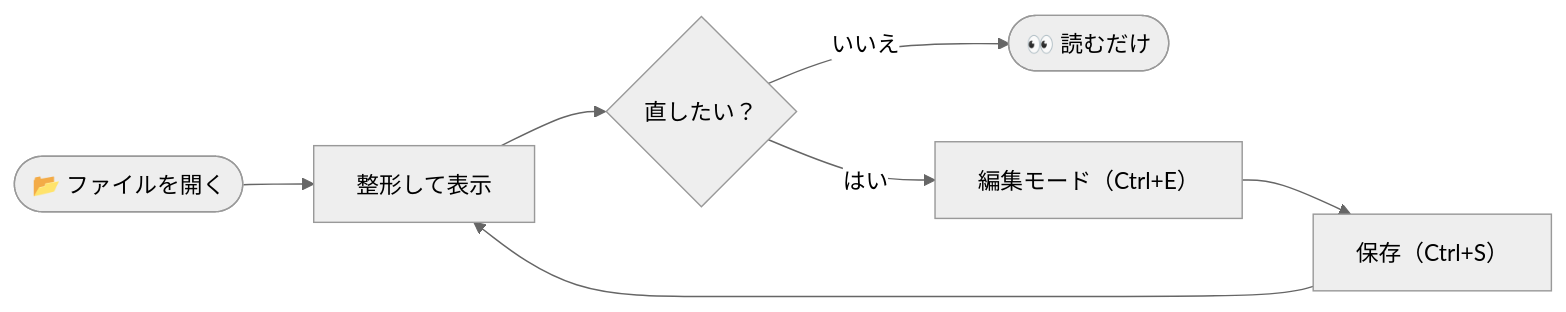
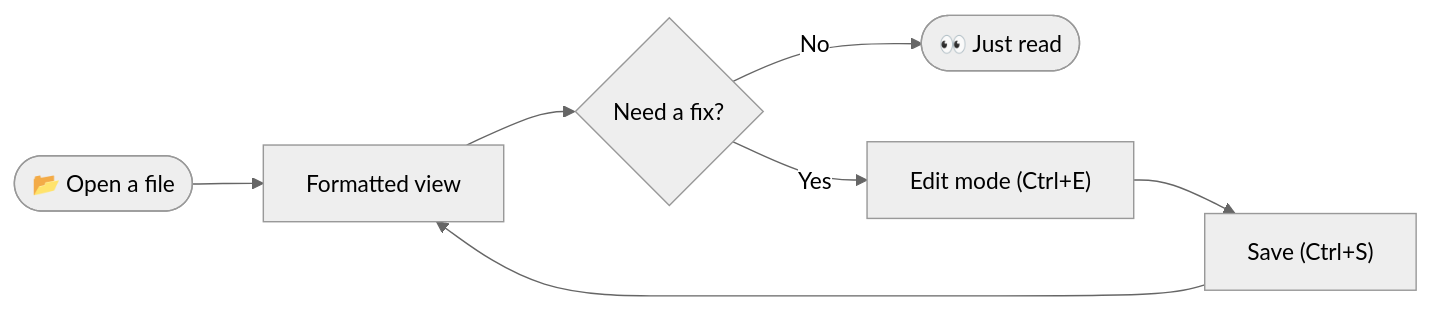
One commit to muraken720/mdviewer changed the second of 4 diagrams in docs/manual/README.md. Above: the diagram before and after it, drawn with Mermaid (neutral theme). The commit also changed other lines of this file and 21 other files, not shown here.

````diff
--- a/docs/manual/README.md
+++ b/docs/manual/README.md
@@ -200,9 +200,9 @@
 ```mermaid
 flowchart LR
-    A([📂 ファイルを開く]) --> B[整形して表示]
-    B --> C{直したい？}
-    C -- いいえ --> D([👀 読むだけ])
-    C -- はい --> E["編集モード（Ctrl+E）"]
-    E --> F["保存（Ctrl+S）"]
+    A([📂 Open a file]) --> B[Formatted view]
+    B --> C{Need a fix?}
+    C -- No --> D([👀 Just read])
+    C -- Yes --> E["Edit mode (Ctrl+E)"]
+    E --> F["Save (Ctrl+S)"]
     F --> B
 ```
````
